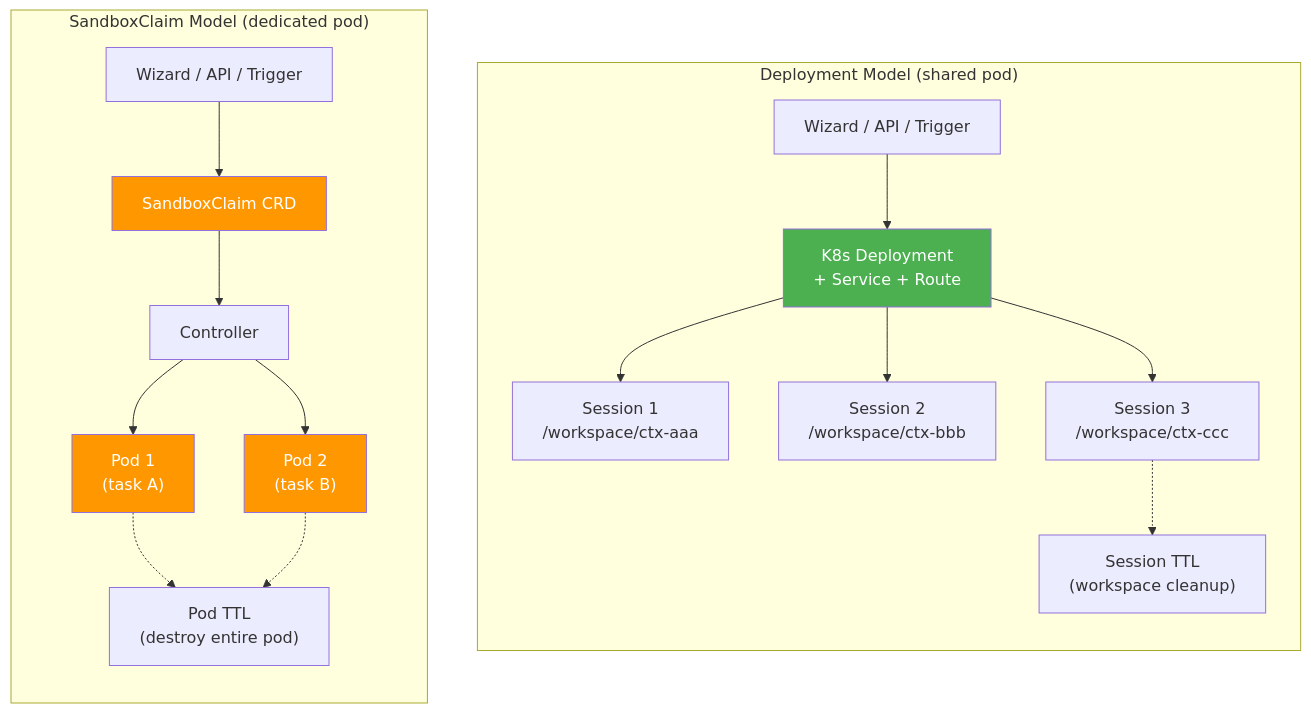
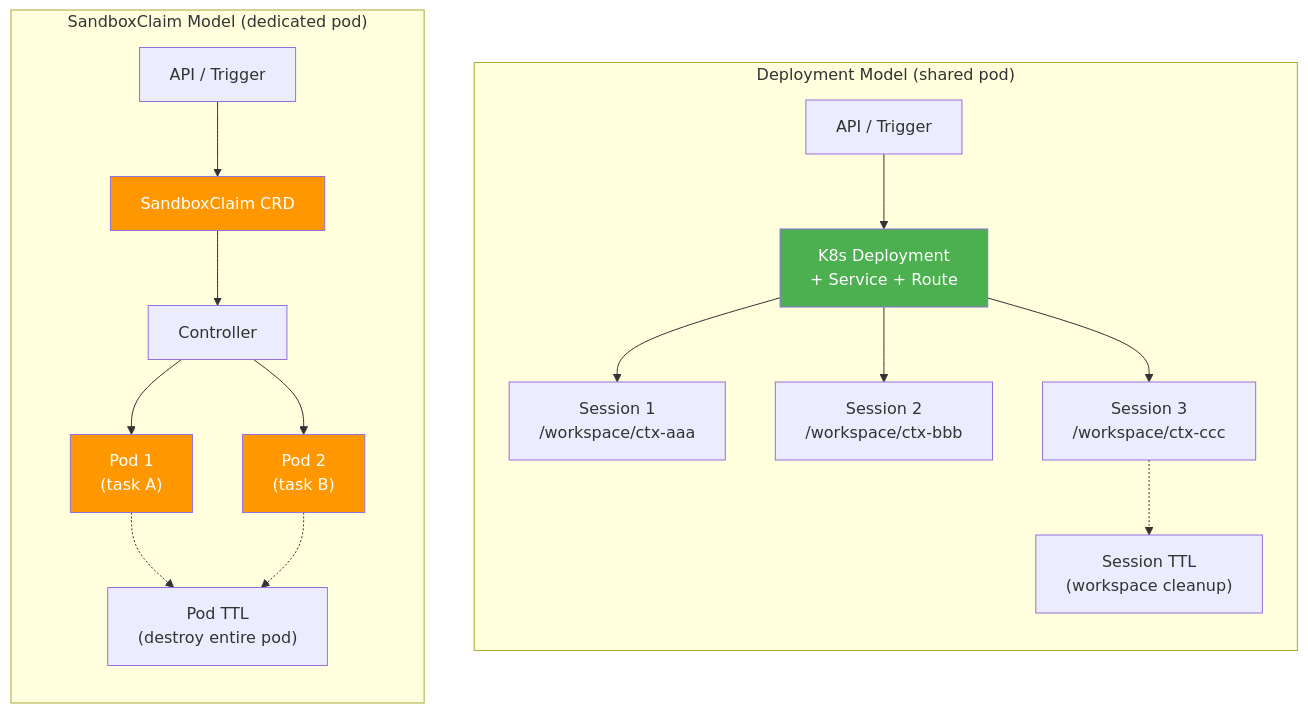
Before and after one commit to kagenti/kagenti: the seventh of 10 diagrams in docs/plans/2026-03-04-platform-agent-runtime-design.md, drawn with Mermaid. The commit also changed other lines of this file, not shown here.

````diff
--- a/docs/plans/2026-03-04-platform-agent-runtime-design.md
+++ b/docs/plans/2026-03-04-platform-agent-runtime-design.md
@@ -409,40 +375,40 @@
 ```mermaid
 graph TB
     subgraph "Deployment Model (shared pod)"
         direction TB
-        D_WIZ["Wizard / API / Trigger"]
+        D_WIZ["API / Trigger"]
         D_DEP["K8s Deployment<br/>+ Service + Route"]
         D_SESS["Session 1<br/>/workspace/ctx-aaa"]
         D_SESS2["Session 2<br/>/workspace/ctx-bbb"]
         D_SESS3["Session 3<br/>/workspace/ctx-ccc"]
         D_TTL["Session TTL<br/>(workspace cleanup)"]
     end
 
     subgraph "SandboxClaim Model (dedicated pod)"
         direction TB
-        SC_WIZ["Wizard / API / Trigger"]
+        SC_WIZ["API / Trigger"]
         SC_CRD["SandboxClaim CRD"]
         SC_CTRL["Controller"]
         SC_POD1["Pod 1<br/>(task A)"]
         SC_POD2["Pod 2<br/>(task B)"]
         SC_TTL["Pod TTL<br/>(destroy entire pod)"]
     end
 
     D_WIZ --> D_DEP
     D_DEP --> D_SESS
     D_DEP --> D_SESS2
     D_DEP --> D_SESS3
     D_SESS3 -.-> D_TTL
 
     SC_WIZ --> SC_CRD
     SC_CRD --> SC_CTRL
     SC_CTRL --> SC_POD1
     SC_CTRL --> SC_POD2
     SC_POD1 -.-> SC_TTL
     SC_POD2 -.-> SC_TTL
 
     style D_DEP fill:#4CAF50,color:white
     style SC_CRD fill:#FF9800,color:white
     style SC_POD1 fill:#FF9800,color:white
     style SC_POD2 fill:#FF9800,color:white
 ```
````
